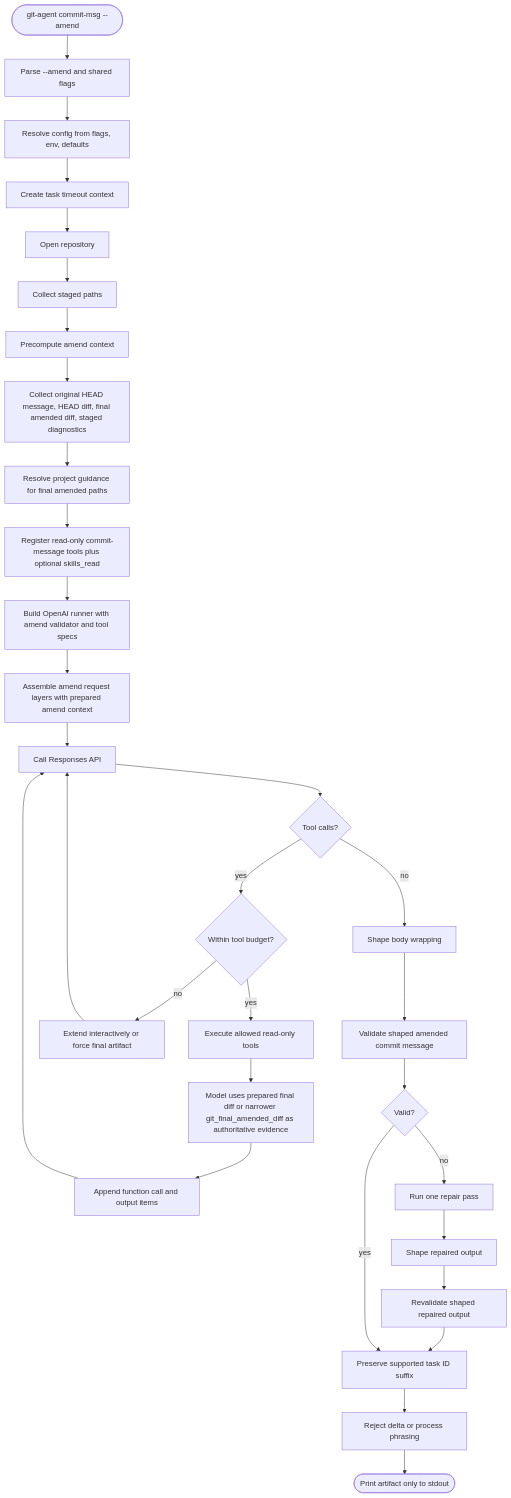
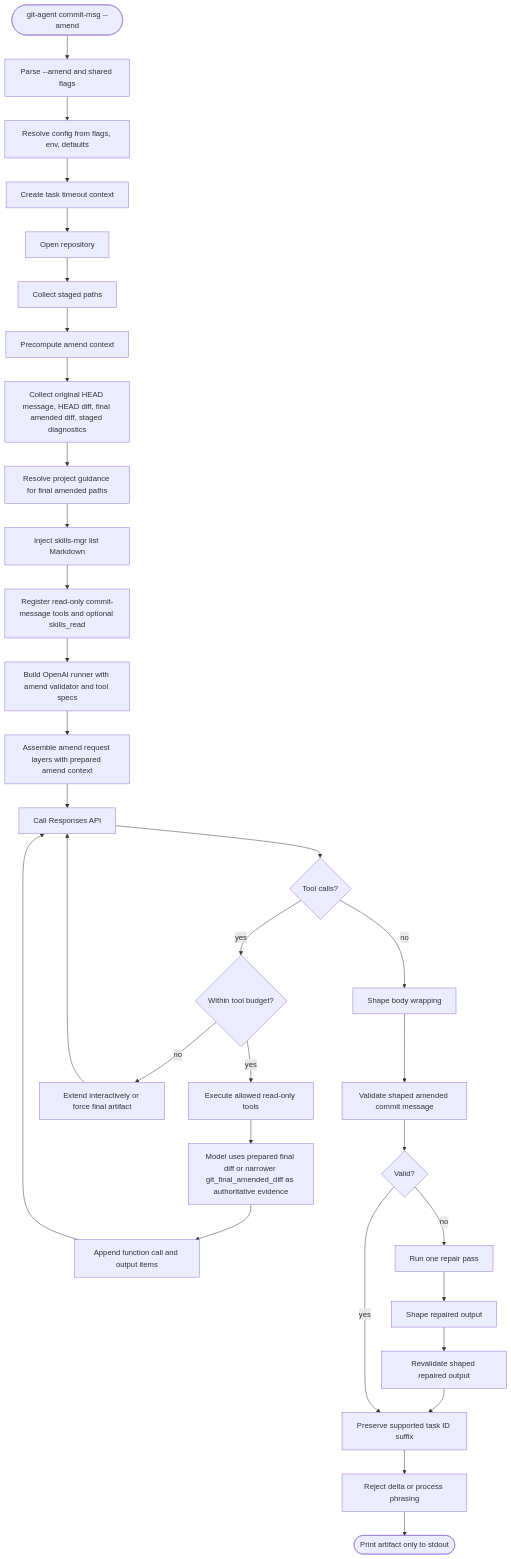
One commit to yusing/git-agent changed the second of 5 diagrams in docs/spec.md. Above: the diagram before and after it, drawn with Mermaid. The commit also changed other lines of this file and 22 other files, not shown here.

First line of the commit message:
refactor(skills): delegate discovery and reads to skills-mgr

````diff
--- a/docs/spec.md
+++ b/docs/spec.md
@@ -1390,33 +1391,34 @@
 ```mermaid
 flowchart TD
     Start([git-agent commit-msg --amend]) --> Parse[Parse --amend and shared flags]
     Parse --> Resolve[Resolve config from flags, env, defaults]
     Resolve --> Timeout[Create task timeout context]
     Timeout --> OpenRepo[Open repository]
     OpenRepo --> StagedPaths[Collect staged paths]
     StagedPaths --> Prepare[Precompute amend context]
     Prepare --> Evidence[Collect original HEAD message, HEAD diff, final amended diff, staged diagnostics]
     Evidence --> Guidance[Resolve project guidance for final amended paths]
-    Guidance --> Registry[Register read-only commit-message tools plus optional skills_read]
+    Guidance --> Skills[Inject skills-mgr list Markdown]
+    Skills --> Registry[Register read-only commit-message tools and optional skills_read]
     Registry --> Runner[Build OpenAI runner with amend validator and tool specs]
     Runner --> Request[Assemble amend request layers with prepared amend context]
     Request --> Model[Call Responses API]
     Model --> ToolDecision{Tool calls?}
     ToolDecision -- yes --> ToolBudget{Within tool budget?}
     ToolBudget -- yes --> ExecuteTools[Execute allowed read-only tools]
     ExecuteTools --> FinalDiff[Model uses prepared final diff or narrower git_final_amended_diff as authoritative evidence]
     FinalDiff --> Continue[Append function call and output items]
     Continue --> Model
     ToolBudget -- no --> Budget[Extend interactively or force final artifact]
     Budget --> Model
     ToolDecision -- no --> Shape[Shape body wrapping]
     Shape --> Validate[Validate shaped amended commit message]
     Validate --> Valid{Valid?}
     Valid -- no --> Repair[Run one repair pass]
     Repair --> Reshape[Shape repaired output]
     Reshape --> Revalidate[Revalidate shaped repaired output]
     Revalidate --> Preserve
     Valid -- yes --> Preserve[Preserve supported task ID suffix]
     Preserve --> FinalValidate[Reject delta or process phrasing]
     FinalValidate --> Stdout([Print artifact only to stdout])
 ```
````
